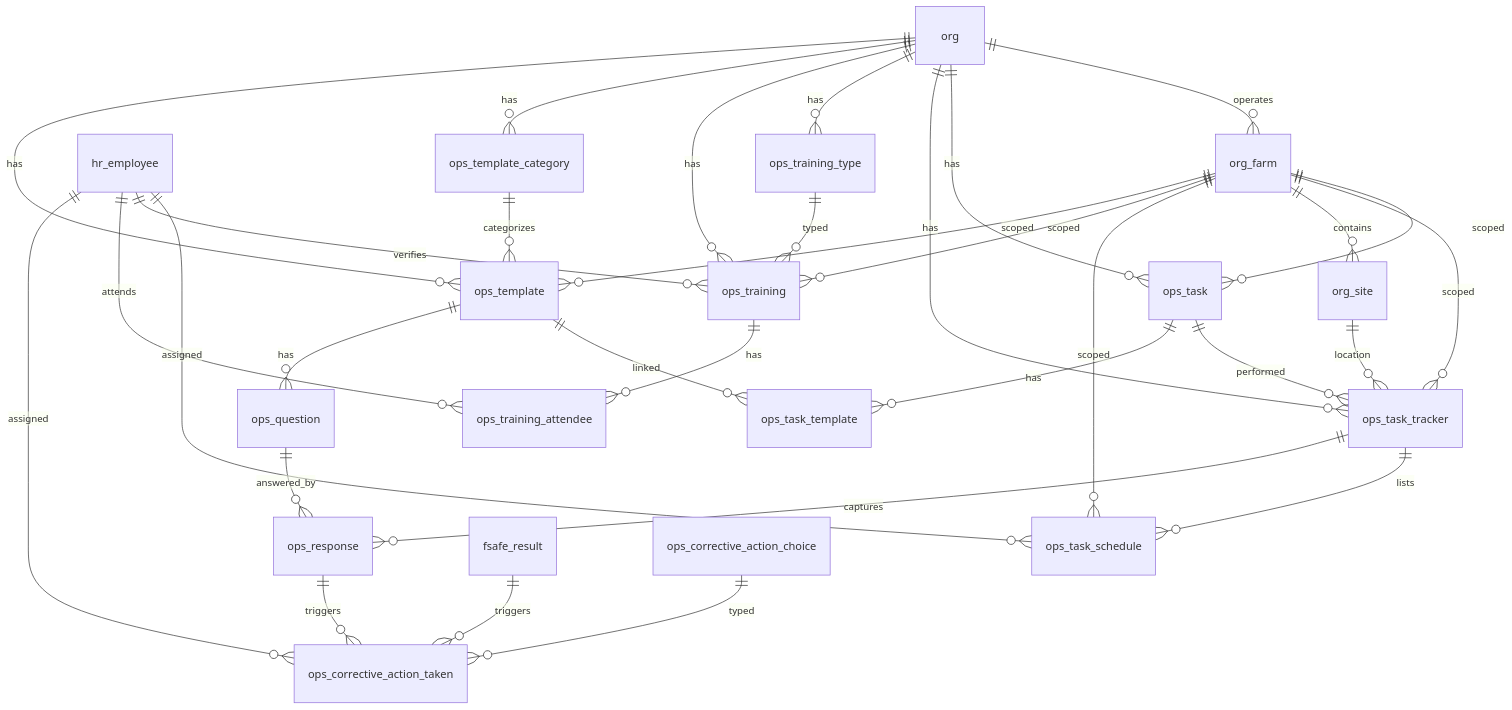
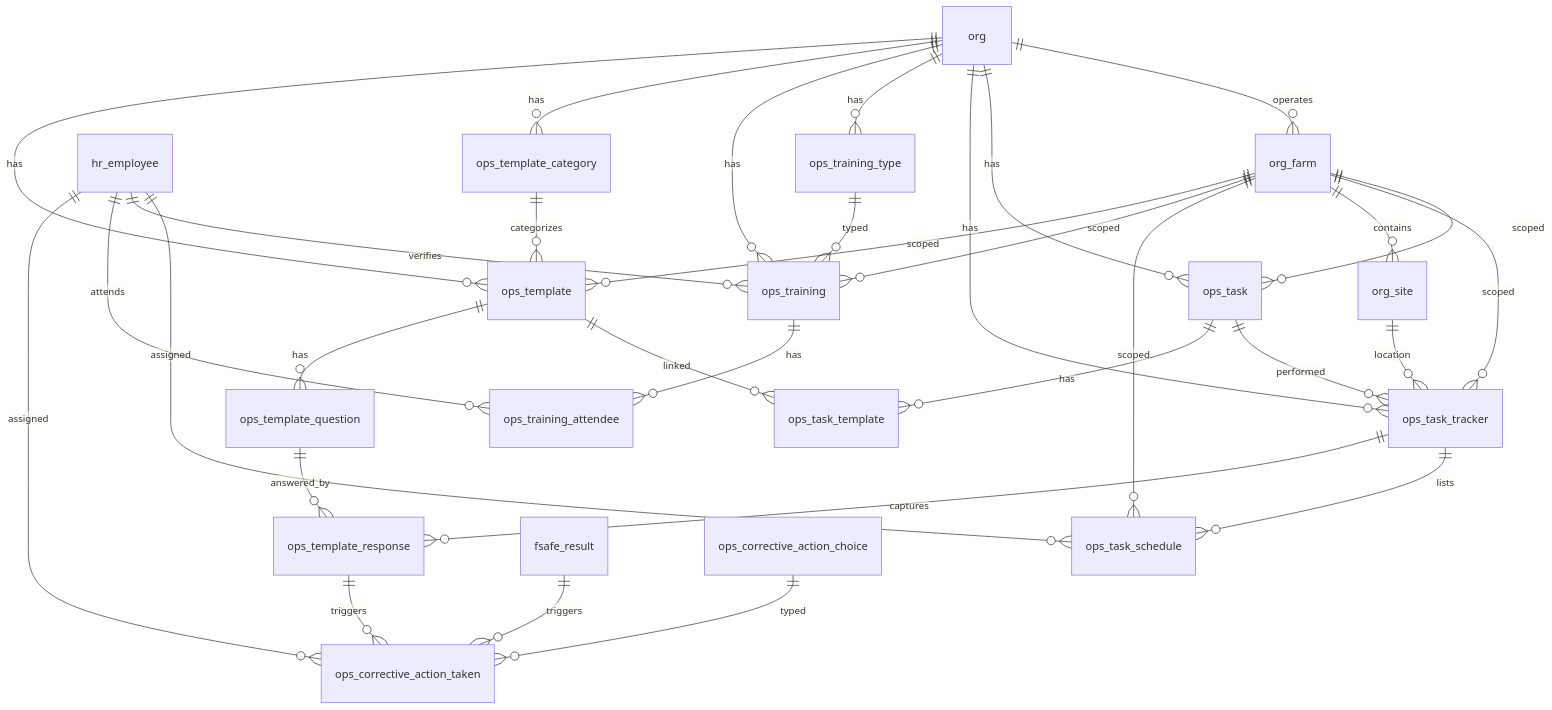
Before and after one commit to Hawaii-Farming/aloha-app: the diagram in docs/schemas/20260324_05_ops.md, drawn with Mermaid. The commit also changed other lines of this file and 9 other files, not shown here.

First line of the commit message:
Rename ops_question/response to ops_template_question/response, rename sales columns, cleanup

````diff
--- a/docs/schemas/20260324_05_ops.md
+++ b/docs/schemas/20260324_05_ops.md
@@ -9,36 +9,36 @@
 ```mermaid
 erDiagram
     org ||--o{ org_farm : operates
     org ||--o{ ops_task : has
     org_farm ||--o{ ops_task : scoped
     org ||--o{ ops_task_tracker : has
     org_farm ||--o{ ops_task_tracker : scoped
     org_farm ||--o{ org_site : contains
     org_site ||--o{ ops_task_tracker : location
     ops_task ||--o{ ops_task_tracker : performed
     ops_task ||--o{ ops_task_template : has
     ops_template ||--o{ ops_task_template : linked
     ops_task_tracker ||--o{ ops_task_schedule : lists
     org_farm ||--o{ ops_task_schedule : scoped
     hr_employee ||--o{ ops_task_schedule : assigned
 
     org ||--o{ ops_training_type : has
     org ||--o{ ops_training : has
     org_farm ||--o{ ops_training : scoped
     ops_training_type ||--o{ ops_training : typed
     hr_employee ||--o{ ops_training : verifies
     ops_training ||--o{ ops_training_attendee : has
     hr_employee ||--o{ ops_training_attendee : attends
 
     org ||--o{ ops_template_category : has
     ops_template_category ||--o{ ops_template : categorizes
     org ||--o{ ops_template : has
     org_farm ||--o{ ops_template : scoped
-    ops_template ||--o{ ops_question : has
-    ops_question ||--o{ ops_response : answered_by
-    ops_task_tracker ||--o{ ops_response : captures
-    ops_response ||--o{ ops_corrective_action_taken : triggers
+    ops_template ||--o{ ops_template_question : has
+    ops_template_question ||--o{ ops_template_response : answered_by
+    ops_task_tracker ||--o{ ops_template_response : captures
+    ops_template_response ||--o{ ops_corrective_action_taken : triggers
     fsafe_result ||--o{ ops_corrective_action_taken : triggers
     ops_corrective_action_choice ||--o{ ops_corrective_action_taken : typed
     hr_employee ||--o{ ops_corrective_action_taken : assigned
 ```
````
